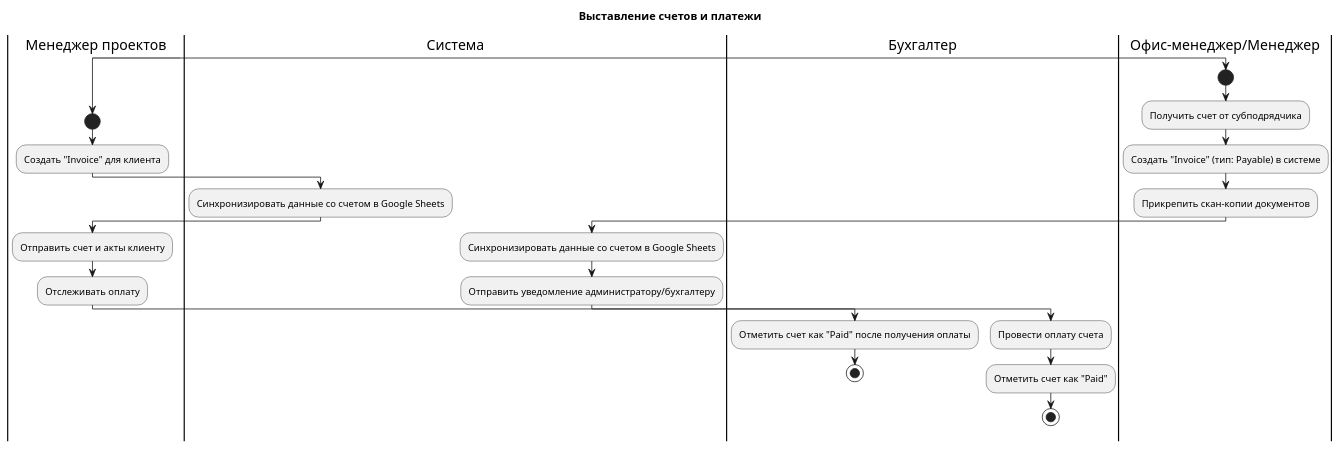
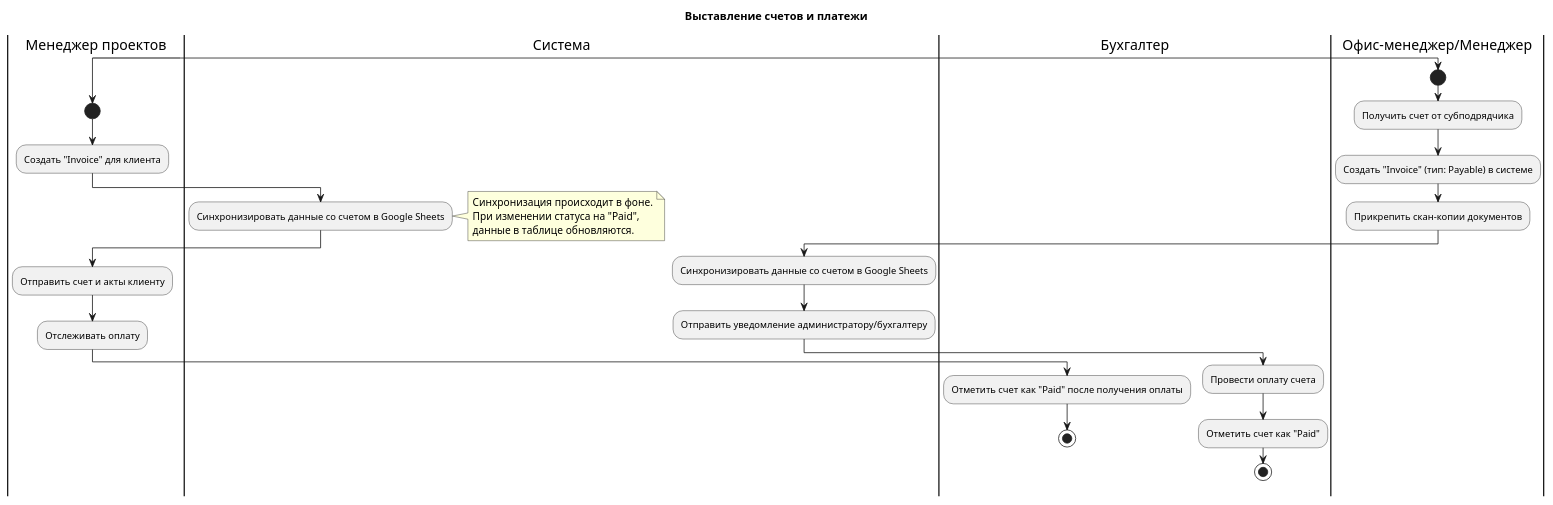
Before and after one commit to Dmitriyrus99/ferum_custom1: the fourth of 15 diagrams in Техническая_спецификация.md, drawn with PlantUML. The commit also changed other lines of this file and 15 other files, not shown here.

```diff
--- a/Техническая_спецификация.md
+++ b/Техническая_спецификация.md
@@ -155,30 +160,35 @@
 @startuml
 title Выставление счетов и платежи
 
 split
 |Менеджер проектов|
 start
 :Создать "Invoice" для клиента;
 |Система|
 :Синхронизировать данные со счетом в Google Sheets;
+note right
+  Синхронизация происходит в фоне.
+  При изменении статуса на "Paid",
+  данные в таблице обновляются.
+end note
 |Менеджер проектов|
 :Отправить счет и акты клиенту;
 :Отслеживать оплату;
 |Бухгалтер|
 :Отметить счет как "Paid" после получения оплаты;
 stop
 split again
 |Офис-менеджер/Менеджер|
 start
 :Получить счет от субподрядчика;
 :Создать "Invoice" (тип: Payable) в системе;
 :Прикрепить скан-копии документов;
 |Система|
 :Синхронизировать данные со счетом в Google Sheets;
 :Отправить уведомление администратору/бухгалтеру;
 |Бухгалтер|
 :Провести оплату счета;
 :Отметить счет как "Paid";
 stop
 endsplit
 @enduml
```
